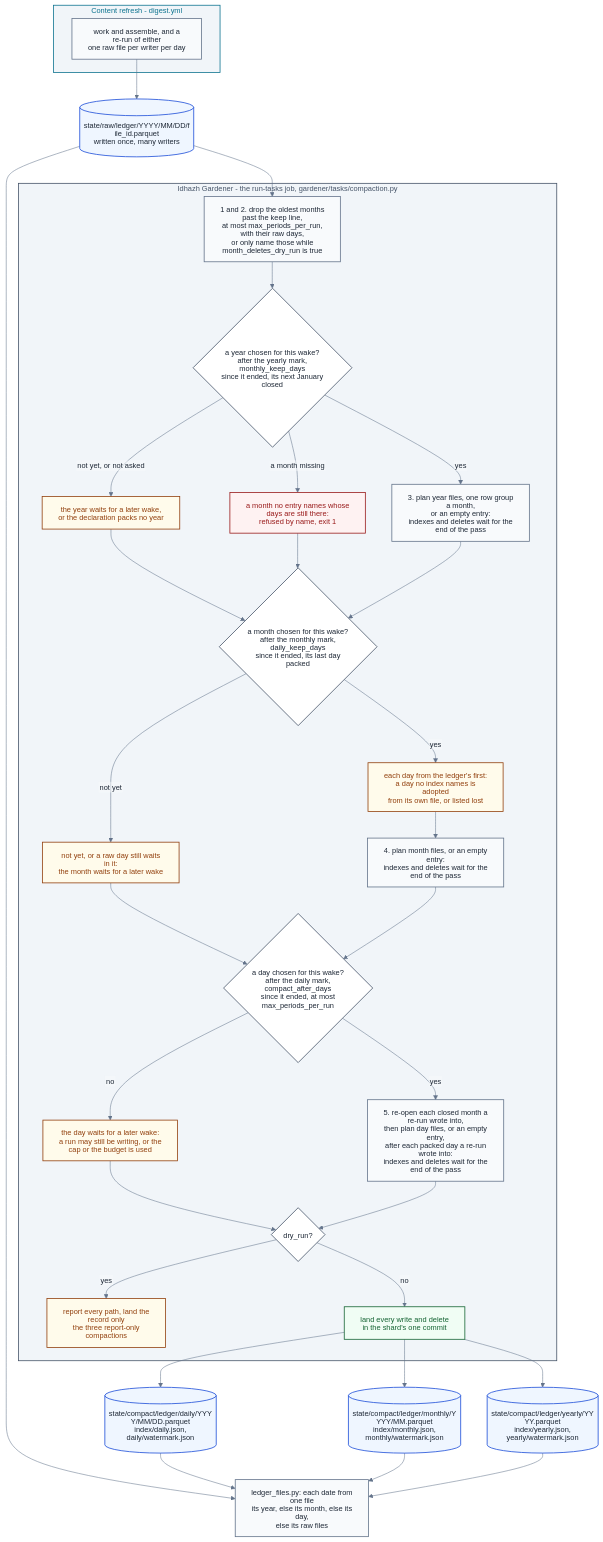
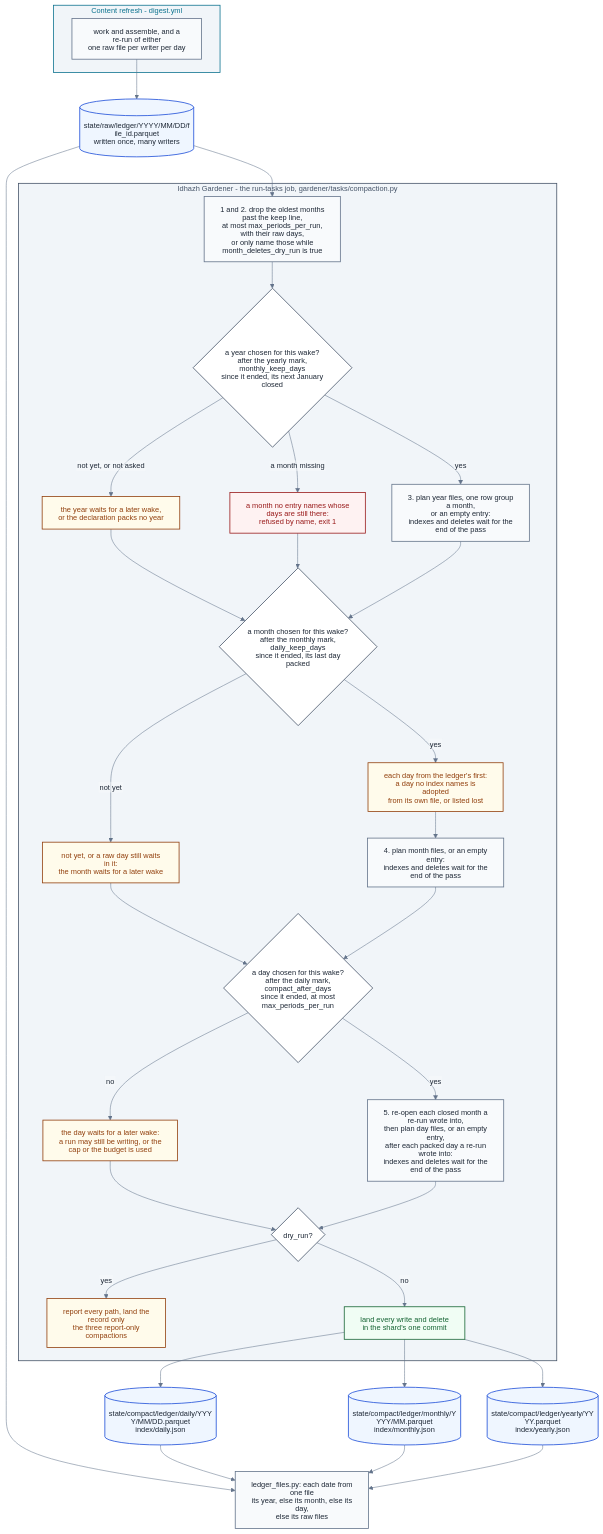
One commit to miztiik/yen-idhazh changed the diagram in docs/architecture/publishing/ledger-compaction.md. Above: the diagram before and after it, drawn with Mermaid. The commit also changed other lines of this file and 73 other files, not shown here.

````diff
--- a/docs/architecture/publishing/ledger-compaction.md
+++ b/docs/architecture/publishing/ledger-compaction.md
@@ -33,78 +33,78 @@
 ```mermaid
 %%{init: {"theme": "base", "htmlLabels": false, "themeVariables": {"background": "#ffffff", "primaryColor": "#f8fafc", "primaryTextColor": "#1f2937", "primaryBorderColor": "#64748b", "lineColor": "#64748b", "textColor": "#1f2937", "clusterBkg": "#f1f5f9", "clusterBorder": "#64748b", "titleColor": "#1f2937", "edgeLabelBackground": "#f8fafc", "fontSize": "14px"}}}%%
 flowchart TB
   subgraph REFRESH["Content refresh - digest.yml"]
     W["work and assemble, and a re-run of either<br/>one raw file per writer per day"]
   end
 
   RAWF[("state/raw/ledger/YYYY/MM/DD/file_id.parquet<br/>written once, many writers")]
 
   subgraph GARDEN["Idhazh Gardener - the run-tasks job, gardener/tasks/compaction.py"]
     DROP["1 and 2. drop the oldest months past the keep line,<br/>at most max_periods_per_run, with their raw days,<br/>or only name those while month_deletes_dry_run is true"]
     YDONE{"a year chosen for this wake?<br/>after the yearly mark, monthly_keep_days<br/>since it ended, its next January closed"}
     YWAIT["the year waits for a later wake,<br/>or the declaration packs no year"]
     YHOLE["a month no entry names whose days are still there:<br/>refused by name, exit 1"]
     PACK["3. plan year files, one row group a month,<br/>or an empty entry:<br/>indexes and deletes wait for the end of the pass"]
     MDONE{"a month chosen for this wake?<br/>after the monthly mark, daily_keep_days<br/>since it ended, its last day packed"}
     MWAIT["not yet, or a raw day still waits in it:<br/>the month waits for a later wake"]
     MREC["each day from the ledger's first:<br/>a day no index names is adopted<br/>from its own file, or listed lost"]
     ABSORB["4. plan month files, or an empty entry:<br/>indexes and deletes wait for the end of the pass"]
     DDUE{"a day chosen for this wake?<br/>after the daily mark, compact_after_days<br/>since it ended, at most max_periods_per_run"}
     DHOLD["the day waits for a later wake:<br/>a run may still be writing, or the cap or the budget is used"]
     TAKE["5. re-open each closed month a re-run wrote into,<br/>then plan day files, or an empty entry,<br/>after each packed day a re-run wrote into:<br/>indexes and deletes wait for the end of the pass"]
     DRY{"dry_run?"}
     REPORT["report every path, land the record only<br/>the three report-only compactions"]
     LAND["land every write and delete<br/>in the shard's one commit"]
   end
 
-  DAILY[("state/compact/ledger/daily/YYYY/MM/DD.parquet<br/>index/daily.json, daily/watermark.json")]
-  MONTHLY[("state/compact/ledger/monthly/YYYY/MM.parquet<br/>index/monthly.json, monthly/watermark.json")]
-  YEARLY[("state/compact/ledger/yearly/YYYY.parquet<br/>index/yearly.json, yearly/watermark.json")]
+  DAILY[("state/compact/ledger/daily/YYYY/MM/DD.parquet<br/>index/daily.json")]
+  MONTHLY[("state/compact/ledger/monthly/YYYY/MM.parquet<br/>index/monthly.json")]
+  YEARLY[("state/compact/ledger/yearly/YYYY.parquet<br/>index/yearly.json")]
   READER["ledger_files.py: each date from one file<br/>its year, else its month, else its day,<br/>else its raw files"]
 
   W --> RAWF
   RAWF --> DROP
   DROP --> YDONE
   YDONE -->|"not yet, or not asked"| YWAIT
   YDONE -->|"a month missing"| YHOLE
   YDONE -->|"yes"| PACK
   YWAIT --> MDONE
   YHOLE --> MDONE
   PACK --> MDONE
   MDONE -->|"not yet"| MWAIT
   MDONE -->|"yes"| MREC
   MREC --> ABSORB
   MWAIT --> DDUE
   ABSORB --> DDUE
   DDUE -->|"no"| DHOLD
   DDUE -->|"yes"| TAKE
   DHOLD --> DRY
   TAKE --> DRY
   DRY -->|"yes"| REPORT
   DRY -->|"no"| LAND
   LAND --> DAILY
   LAND --> MONTHLY
   LAND --> YEARLY
   RAWF --> READER
   DAILY --> READER
   MONTHLY --> READER
   YEARLY --> READER
 
   classDef stage fill:#f8fafc,stroke:#64748b,stroke-width:1.5px,color:#1f2937;
   classDef decision fill:#ffffff,stroke:#475569,stroke-width:1.5px,color:#1f2937;
   classDef yes fill:#f0fdf4,stroke:#166534,stroke-width:1.5px,color:#166534;
   classDef no fill:#fef2f2,stroke:#991b1b,stroke-width:1.5px,color:#991b1b;
   classDef warn fill:#fffbeb,stroke:#92400e,stroke-width:1.5px,color:#92400e;
   classDef ledger fill:#eff6ff,stroke:#1d4ed8,stroke-width:1.5px,color:#1f2937;
   classDef sysOps fill:#f1f5f9,stroke:#475569,stroke-width:1.5px,color:#475569;
   classDef sysPublish fill:#f1f5f9,stroke:#0e7490,stroke-width:1.5px,color:#0e7490;
 
   class W,DROP,PACK,ABSORB,TAKE,READER stage;
   class YDONE,MDONE,DDUE,DRY decision;
   class LAND yes;
   class YHOLE no;
   class YWAIT,MWAIT,MREC,DHOLD,REPORT warn;
   class RAWF,DAILY,MONTHLY,YEARLY ledger;
   class REFRESH sysPublish;
   class GARDEN sysOps;
 ```
````
